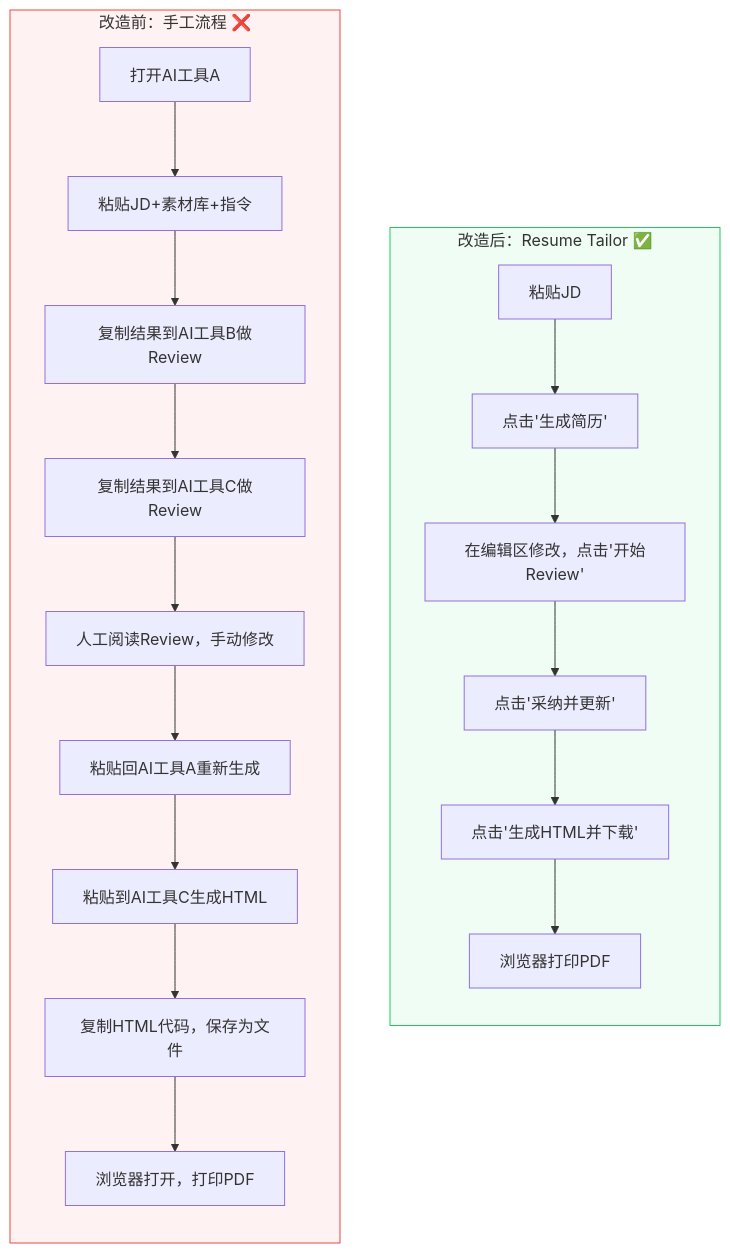
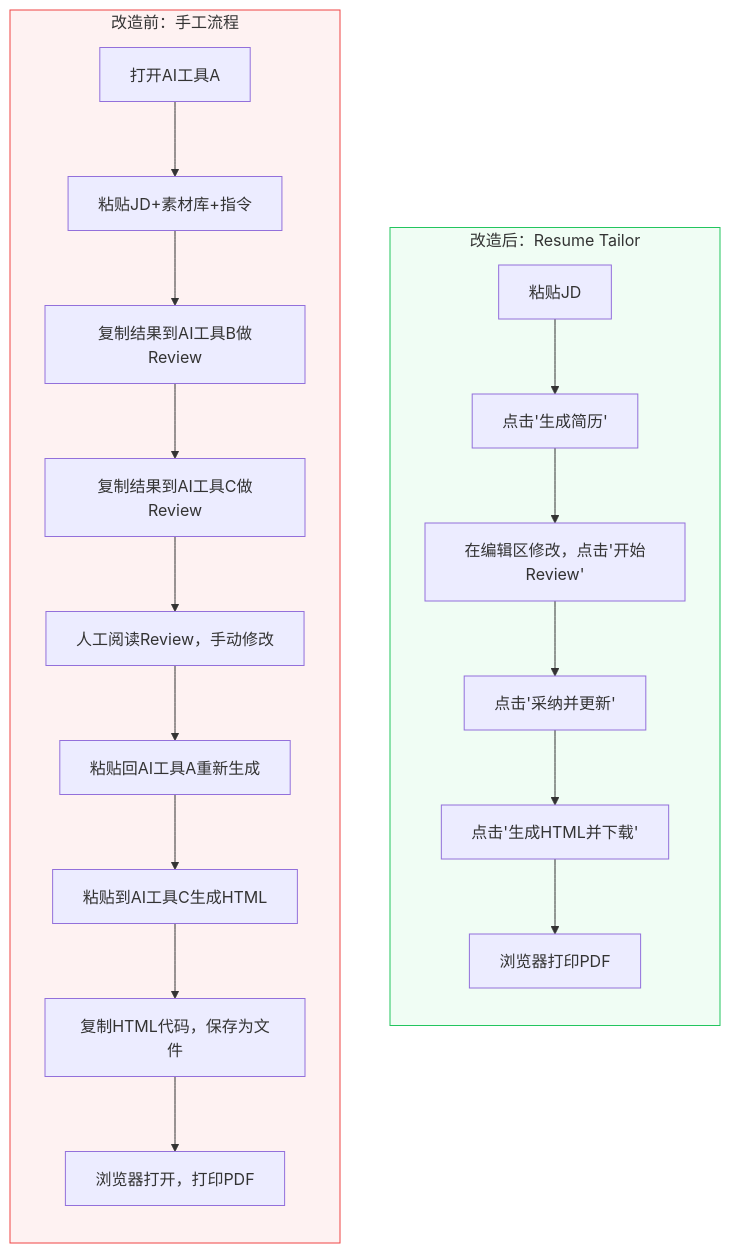
One commit to wukun2005-gif/resumeTailor changed the first of 3 diagrams in README.md. Above: the diagram before and after it, drawn with Mermaid. The commit also changed other lines of this file and 1 other file, not shown here.

````diff
--- a/README.md
+++ b/README.md
@@ -199,28 +150,28 @@
 ```mermaid
 flowchart LR
-    subgraph BEFORE ["改造前：手工流程 ❌"]
+    subgraph BEFORE ["改造前：手工流程"]
         direction TB
         B1["打开AI工具A"] --> B2["粘贴JD+素材库+指令"]
         B2 --> B3["复制结果到AI工具B做Review"]
         B3 --> B4["复制结果到AI工具C做Review"]
         B4 --> B5["人工阅读Review，手动修改"]
         B5 --> B6["粘贴回AI工具A重新生成"]
         B6 --> B7["粘贴到AI工具C生成HTML"]
         B7 --> B8["复制HTML代码，保存为文件"]
         B8 --> B9["浏览器打开，打印PDF"]
     end
 
-    subgraph AFTER ["改造后：Resume Tailor ✅"]
+    subgraph AFTER ["改造后：Resume Tailor"]
         direction TB
         A1["粘贴JD"] --> A2["点击'生成简历'"]
         A2 --> A3["在编辑区修改，点击'开始Review'"]
         A3 --> A4["点击'采纳并更新'"]
         A4 --> A5["点击'生成HTML并下载'"]
         A5 --> A6["浏览器打印PDF"]
     end
 
     BEFORE ~~~ AFTER
 
     style BEFORE fill:#fef2f2,stroke:#ef4444
     style AFTER fill:#f0fdf4,stroke:#22c55e
 ```
````
